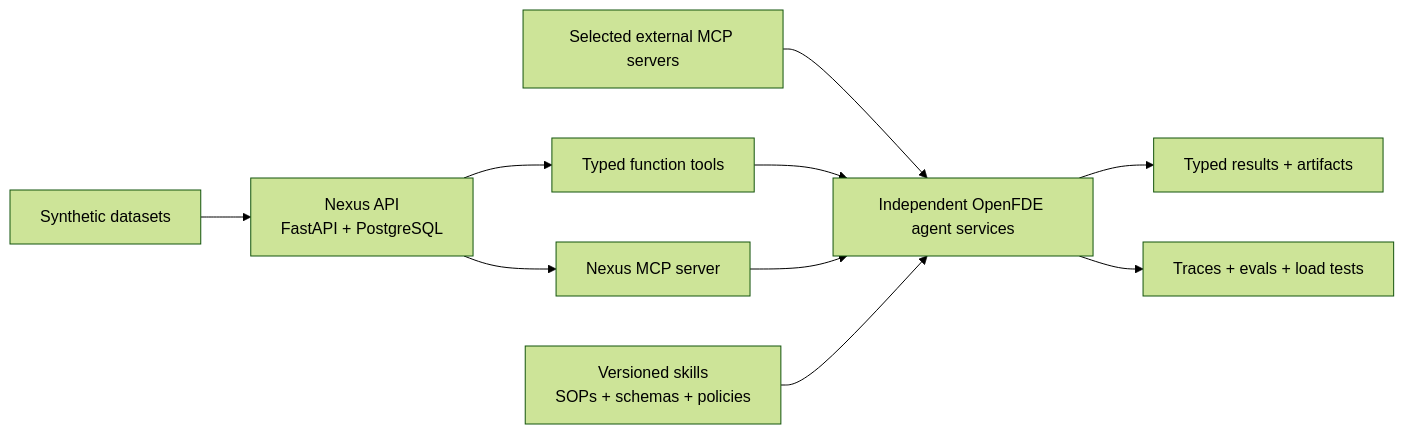
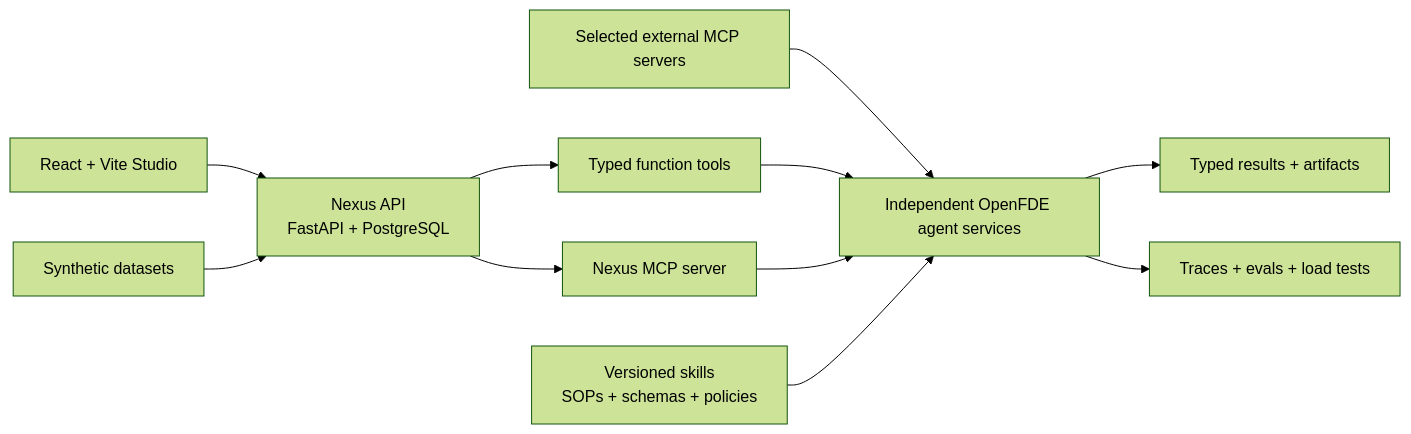
Before and after one commit to StefanosCodes/OpenFDE: the diagram in README.md, drawn with Mermaid (forest theme). The commit also changed other lines of this file and 95 other files, not shown here.

````diff
--- a/README.md
+++ b/README.md
@@ -63,12 +63,13 @@
 ```mermaid
 flowchart LR
+    Studio["React + Vite Studio"] --> Nexus
     Seed["Synthetic datasets"] --> Nexus["Nexus API\nFastAPI + PostgreSQL"]
     Nexus --> FT["Typed function tools"]
     Nexus --> MCP["Nexus MCP server"]
     External["Selected external MCP servers"] --> Services
     FT --> Services["Independent OpenFDE agent services"]
     MCP --> Services
     Skills["Versioned skills\nSOPs + schemas + policies"] --> Services
     Services --> Outputs["Typed results + artifacts"]
     Services --> Reliability["Traces + evals + load tests"]
 ```
````
